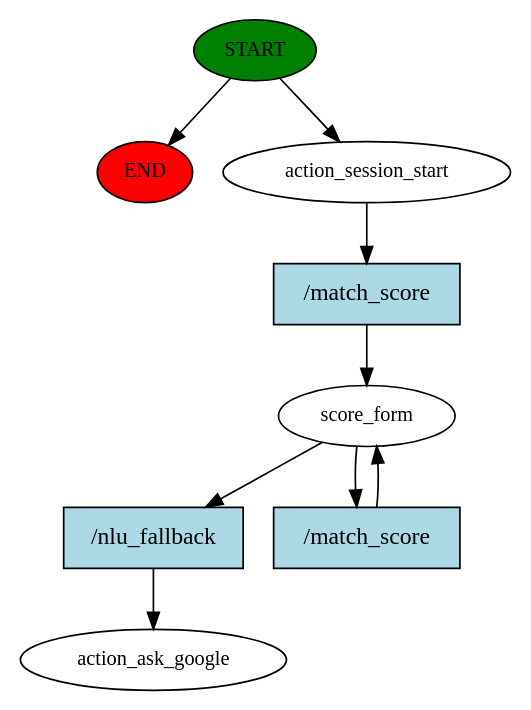
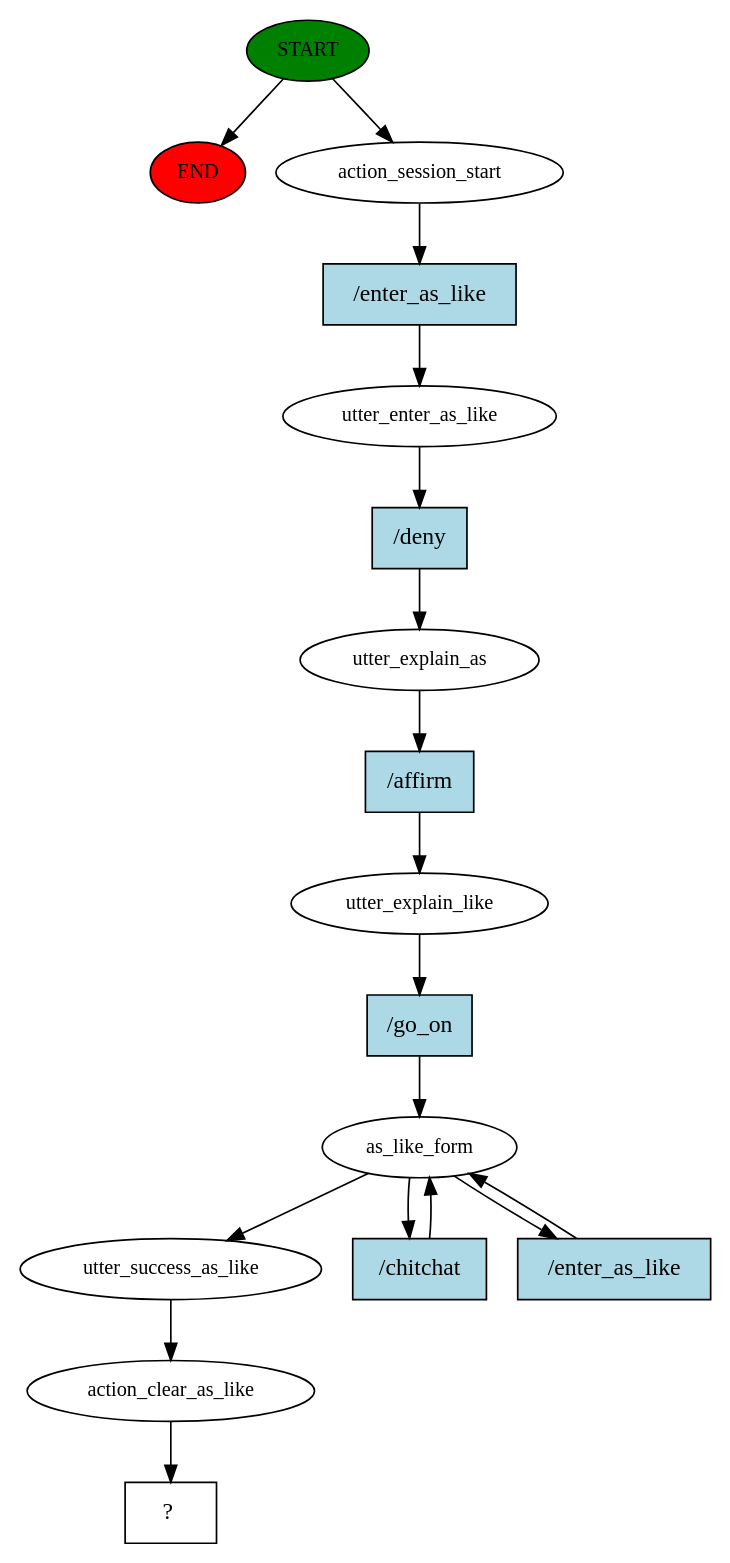
Before and after one commit to sjproost/alfa-bot: the diagram in story_graph.dot, drawn with Graphviz. The commit also changed 9 other files, not shown here.

```diff
--- a/story_graph.dot
+++ b/story_graph.dot
@@ -1,18 +1,35 @@
 digraph  {
 0 [class="start active", fillcolor=green, fontsize=12, label=START, style=filled];
 "-1" [class=end, fillcolor=red, fontsize=12, label=END, style=filled];
 1 [class=active, fontsize=12, label=action_session_start];
-2 [class=active, fontsize=12, label=score_form];
-4 [class="dashed active", fontsize=12, label=action_ask_google];
-5 [class="intent active", fillcolor=lightblue, label="/match_score", shape=rect, style=filled];
-6 [class="intent active", fillcolor=lightblue, label="/nlu_fallback", shape=rect, style=filled];
-7 [class="intent active", fillcolor=lightblue, label="/match_score", shape=rect, style=filled];
+2 [class=active, fontsize=12, label=utter_enter_as_like];
+3 [class=active, fontsize=12, label=utter_explain_as];
+4 [class=active, fontsize=12, label=utter_explain_like];
+5 [class=active, fontsize=12, label=as_like_form];
+10 [class=active, fontsize=12, label=utter_success_as_like];
+11 [class=active, fontsize=12, label=action_clear_as_like];
+12 [class="intent dashed active", label="  ?  ", shape=rect];
+13 [class="intent active", fillcolor=lightblue, label="/enter_as_like", shape=rect, style=filled];
+14 [class="intent active", fillcolor=lightblue, label="/deny", shape=rect, style=filled];
+15 [class="intent active", fillcolor=lightblue, label="/affirm", shape=rect, style=filled];
+16 [class="intent active", fillcolor=lightblue, label="/go_on", shape=rect, style=filled];
+17 [class="intent active", fillcolor=lightblue, label="/chitchat", shape=rect, style=filled];
+18 [class="intent active", fillcolor=lightblue, label="/enter_as_like", shape=rect, style=filled];
 0 -> "-1"  [class="", key=NONE, label=""];
 0 -> 1  [class=active, key=NONE, label=""];
-1 -> 5  [class=active, key=0];
-2 -> 6  [class=active, key=0];
-2 -> 7  [class=active, key=0];
-5 -> 2  [class=active, key=0];
-6 -> 4  [class=active, key=0];
-7 -> 2  [class=active, key=0];
+1 -> 13  [class=active, key=0];
+2 -> 14  [class=active, key=0];
+3 -> 15  [class=active, key=0];
+4 -> 16  [class=active, key=0];
+5 -> 10  [class=active, key=NONE, label=""];
+5 -> 17  [class=active, key=0];
+5 -> 18  [class=active, key=0];
+10 -> 11  [class=active, key=NONE, label=""];
+11 -> 12  [class=active, key=NONE, label=""];
+13 -> 2  [class=active, key=0];
+14 -> 3  [class=active, key=0];
+15 -> 4  [class=active, key=0];
+16 -> 5  [class=active, key=0];
+17 -> 5  [class=active, key=0];
+18 -> 5  [class=active, key=0];
 }
```
